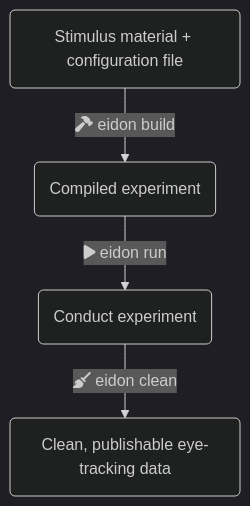
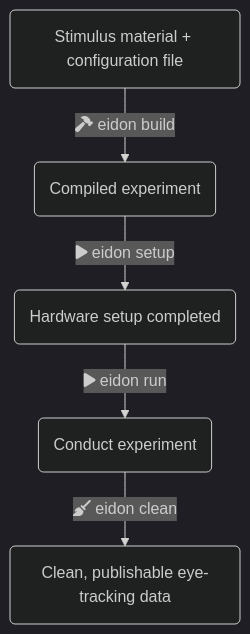
The diagram in docs/index.md (saeub/eidon), drawn with Mermaid (dark theme) before and after one commit. The commit also changed other lines of this file and 4 other files, not shown here.

Commit message:
prepare eidon setup

````diff
--- a/docs/index.md
+++ b/docs/index.md
@@ -31,6 +31,7 @@
 ```mermaid
 flowchart TD
     A("Stimulus material + configuration file") -->|fa:fa-hammer eidon build| B(Compiled experiment)
-    B -->|fa:fa-play eidon run| C(Conduct experiment)
-    C -->|fa:fa-broom eidon clean| D(Clean, publishable eye-tracking data)
+    B -->|fa:fa-play eidon setup| C(Hardware setup completed)
+    C -->|fa:fa-play eidon run| D(Conduct experiment)
+    D -->|fa:fa-broom eidon clean| E(Clean, publishable eye-tracking data)
 ```
````
